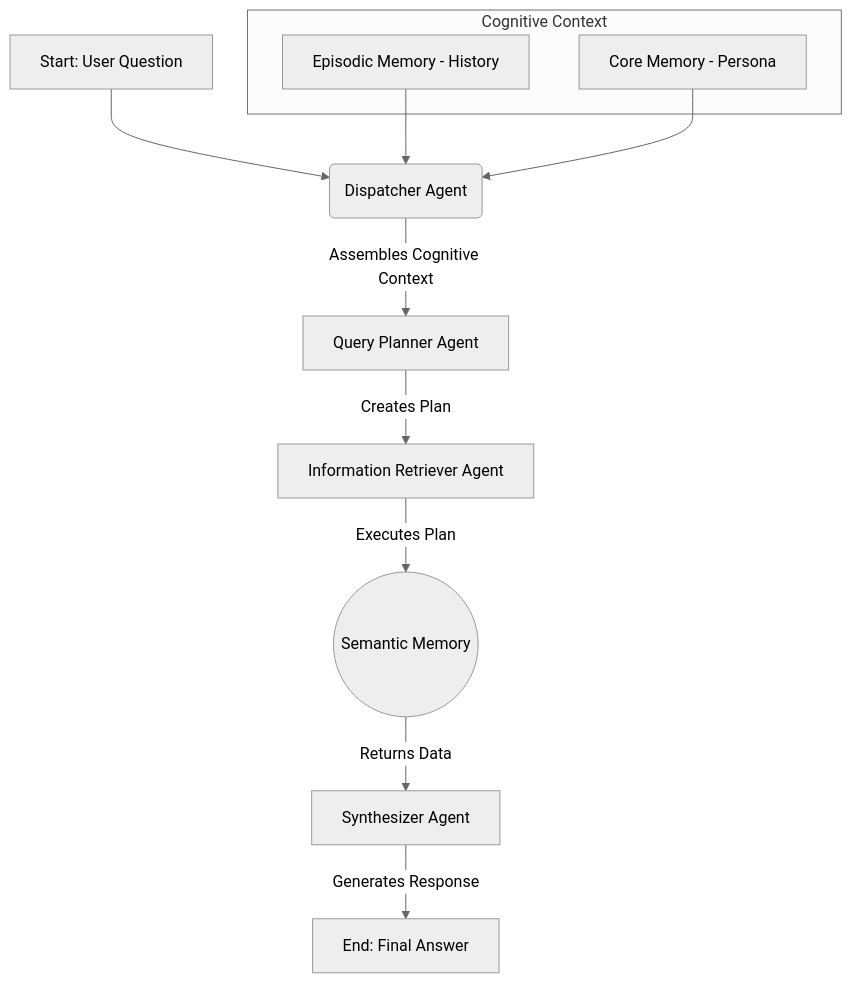
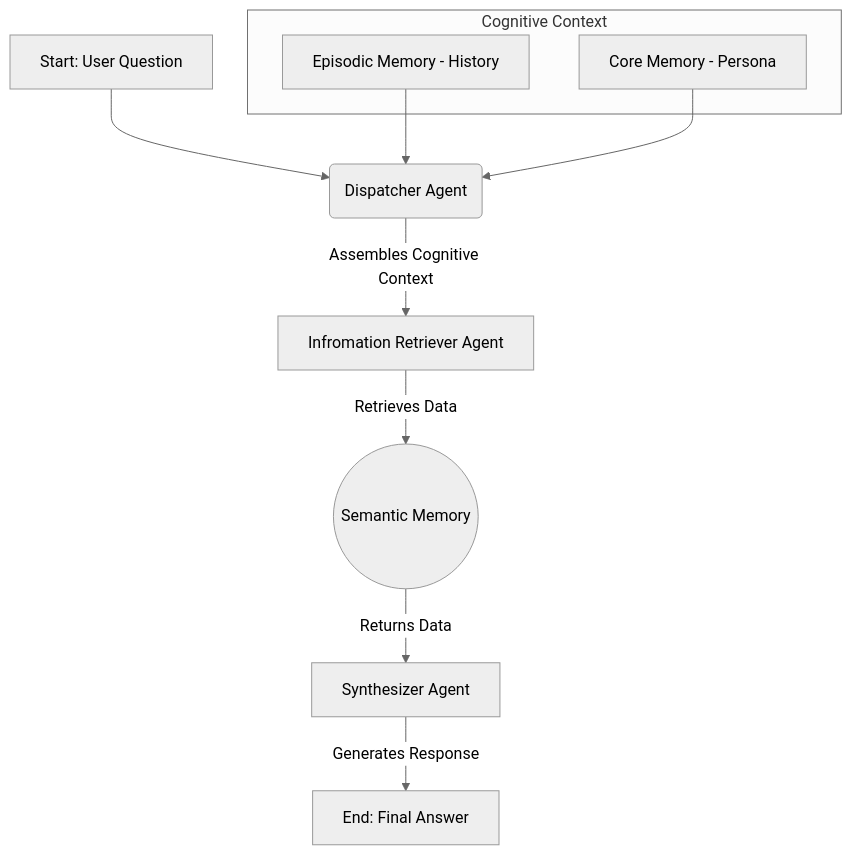
The second of 2 diagrams in ARCHITECTURE.md (nathsujal/RepoRover), drawn with Mermaid (neutral theme) before and after one commit. The commit also changed other lines of this file and 1 other file, not shown here.

````diff
--- a/ARCHITECTURE.md
+++ b/ARCHITECTURE.md
@@ -132,18 +121,17 @@
 ```mermaid
 graph TD
     A[Start: User Question] --> B(Dispatcher Agent);
-    B -- Assembles Cognitive Context --> C[Query Planner Agent];
+    B -- Assembles Cognitive Context --> C[Infromation Retriever Agent];
     
     subgraph Cognitive Context
         D[Episodic Memory - History];
         E[Core Memory - Persona];
     end
 
     D --> B;
     E --> B;
     
-    C -- Creates Plan --> F[Information Retriever Agent];
-    F -- Executes Plan --> G((Semantic Memory));
-    G -- Returns Data --> H[Synthesizer Agent];
-    H -- Generates Response --> I[End: Final Answer];
+    C -- Retrieves Data -->  F((Semantic Memory));
+    F -- Returns Data --> G[Synthesizer Agent];
+    G -- Generates Response --> H[End: Final Answer];
 ```
````
